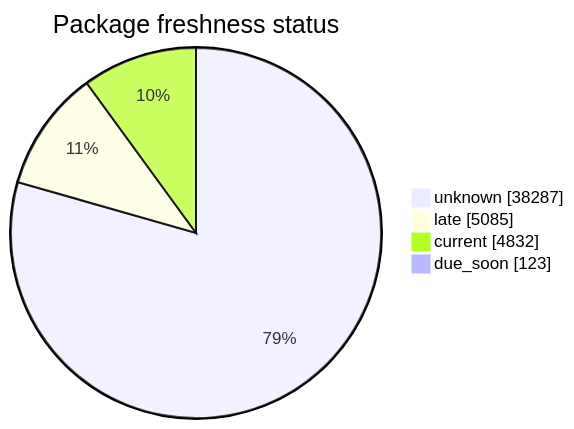
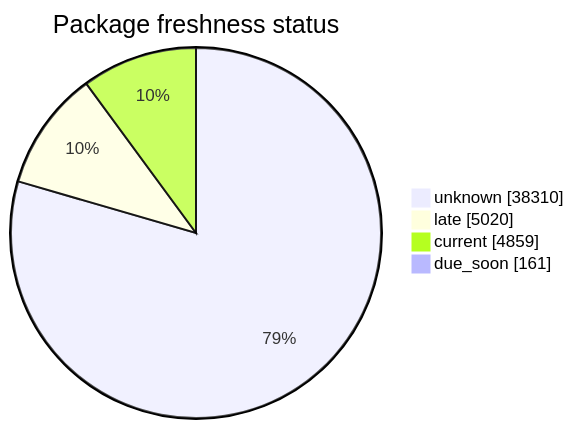
The second of 5 diagrams in FreshCheck/README.md (open-data/analytics-corporate-reporting), drawn with Mermaid before and after one commit. The commit also changed other lines of this file and 3 other files, not shown here.

````diff
--- a/FreshCheck/README.md
+++ b/FreshCheck/README.md
@@ -68,7 +68,7 @@
 ```mermaid
 pie showData title Package freshness status
-    "unknown": 38287
-    "late": 5085
-    "current": 4832
-    "due_soon": 123
+    "unknown": 38310
+    "late": 5020
+    "current": 4859
+    "due_soon": 161
 ```
````
